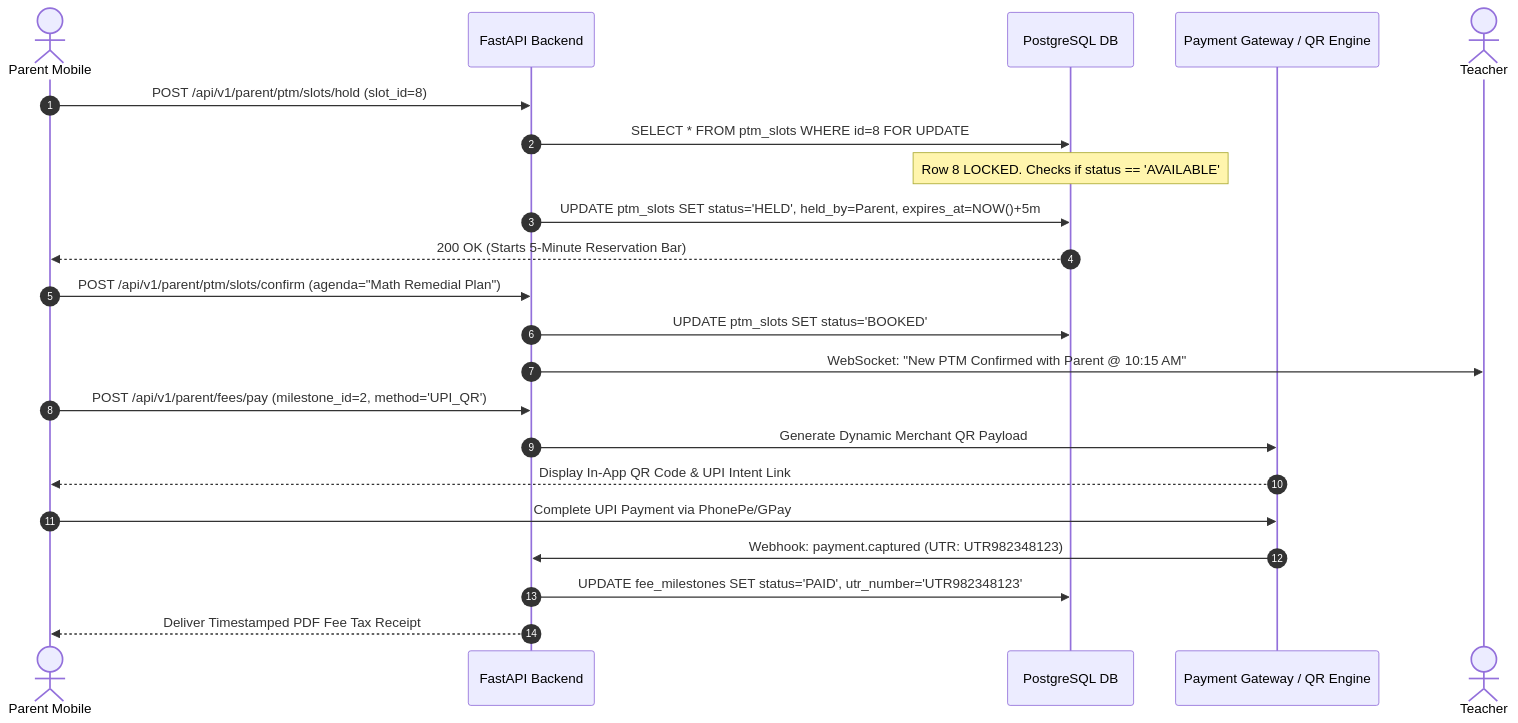
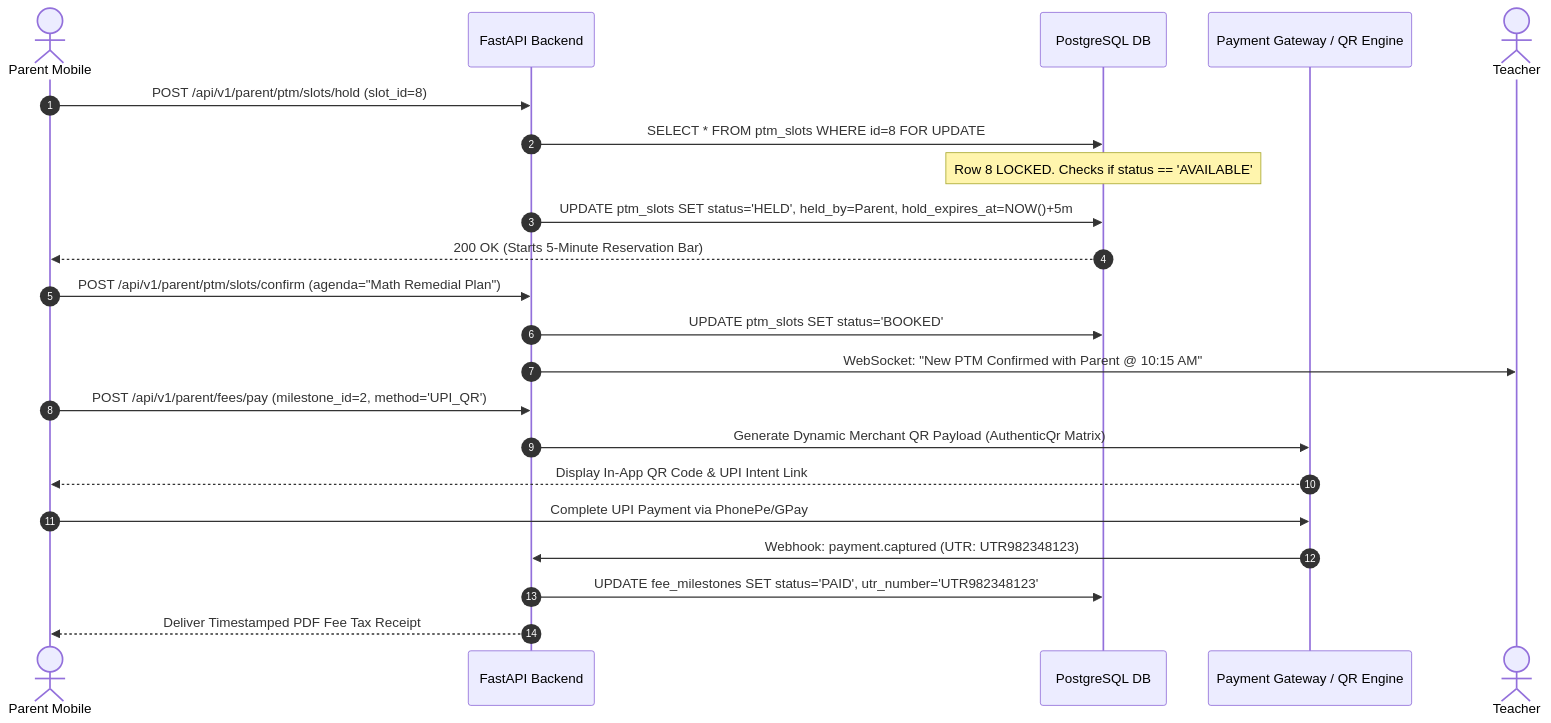
The eighth of 19 diagrams in docs/architecture/ROLE_WISE_ARCHITECTURE_AND_WORKFLOWS.md (DiradzProducts/EDU360), drawn with Mermaid before and after one commit. The commit also changed other lines of this file and 67 other files, not shown here.

````diff
--- a/docs/architecture/ROLE_WISE_ARCHITECTURE_AND_WORKFLOWS.md
+++ b/docs/architecture/ROLE_WISE_ARCHITECTURE_AND_WORKFLOWS.md
@@ -345,25 +358,25 @@
 ```mermaid
 sequenceDiagram
     autonumber
     actor Parent as Parent Mobile
     participant API as FastAPI Backend
     participant DB as PostgreSQL DB
     participant PG as Payment Gateway / QR Engine
     actor Teacher as Teacher
 
     Parent->>API: POST /api/v1/parent/ptm/slots/hold (slot_id=8)
     API->>DB: SELECT * FROM ptm_slots WHERE id=8 FOR UPDATE
     Note over DB: Row 8 LOCKED. Checks if status == 'AVAILABLE'
-    API->>DB: UPDATE ptm_slots SET status='HELD', held_by=Parent, expires_at=NOW()+5m
+    API->>DB: UPDATE ptm_slots SET status='HELD', held_by=Parent, hold_expires_at=NOW()+5m
     DB-->>Parent: 200 OK (Starts 5-Minute Reservation Bar)
     Parent->>API: POST /api/v1/parent/ptm/slots/confirm (agenda="Math Remedial Plan")
     API->>DB: UPDATE ptm_slots SET status='BOOKED'
     API->>Teacher: WebSocket: "New PTM Confirmed with Parent @ 10:15 AM"
     Parent->>API: POST /api/v1/parent/fees/pay (milestone_id=2, method='UPI_QR')
-    API->>PG: Generate Dynamic Merchant QR Payload
+    API->>PG: Generate Dynamic Merchant QR Payload (AuthenticQr Matrix)
     PG-->>Parent: Display In-App QR Code & UPI Intent Link
     Parent->>PG: Complete UPI Payment via PhonePe/GPay
     PG->>API: Webhook: payment.captured (UTR: UTR982348123)
     API->>DB: UPDATE fee_milestones SET status='PAID', utr_number='UTR982348123'
     API-->>Parent: Deliver Timestamped PDF Fee Tax Receipt
 ```
````
